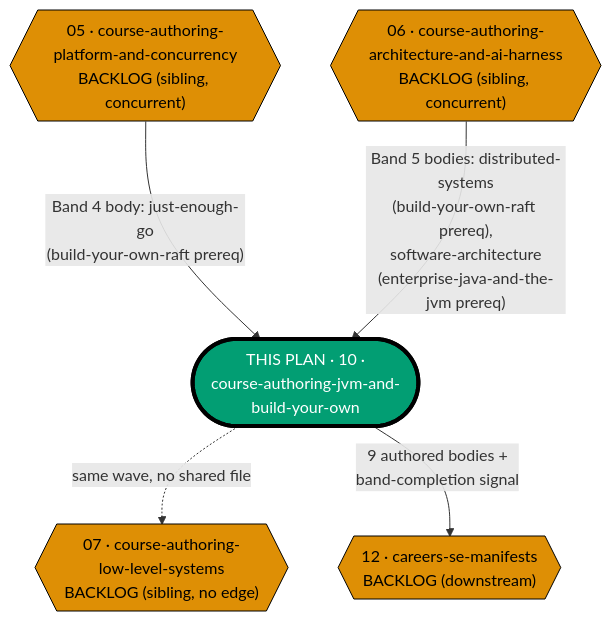
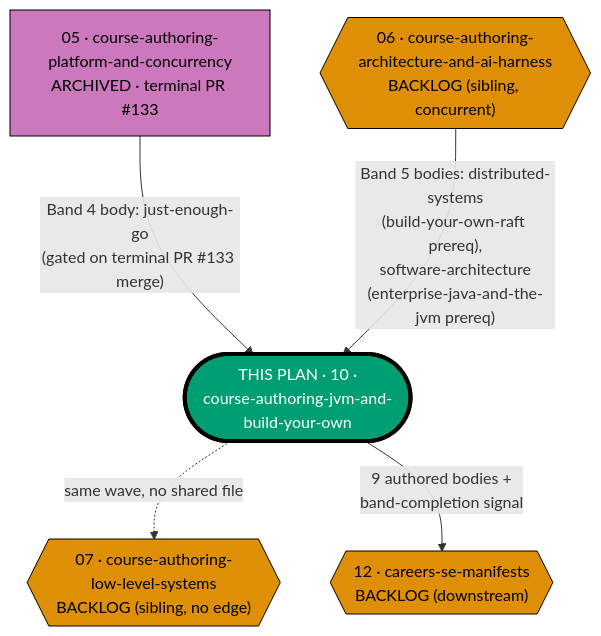
Before and after one commit to wahidyankf/open-sharia-fintech: the second of 2 diagrams in plans/backlog/ayokoding-learning-path-10-course-authoring-jvm-and-build-your-own/README.md, drawn with Mermaid. The commit also changed other lines of this file and 15 other files, not shown here.

Commit message:
docs(plans): gate plan 05 downstream handoffs

````diff
--- a/plans/backlog/ayokoding-learning-path-10-course-authoring-jvm-and-build-your-own/README.md
+++ b/plans/backlog/ayokoding-learning-path-10-course-authoring-jvm-and-build-your-own/README.md
@@ -107,18 +107,19 @@
 ```mermaid
-%% Downstream half: the two backlog-sibling blocking edges into THIS, plus the two edges THIS emits.
-%% Node SHAPE encodes plan state: hexagon = backlog/not-yet-authored. THIS carries a doubled border.
+%% Downstream half: the two sibling blocking edges into THIS, plus the two edges THIS emits.
+%% Node SHAPE encodes plan state: rectangle = archived terminal delivery, hexagon = backlog/not-yet-authored. THIS carries a doubled border.
 flowchart TD
-    P05{{"05 · course-authoring-<br/>platform-and-concurrency<br/>BACKLOG (sibling, concurrent)"}}:::backlog
+    P05["05 · course-authoring-<br/>platform-and-concurrency<br/>ARCHIVED · terminal PR #133"]:::delivery
     P06{{"06 · course-authoring-<br/>architecture-and-ai-harness<br/>BACKLOG (sibling, concurrent)"}}:::backlog
     THIS(["THIS PLAN · 10 ·<br/>course-authoring-jvm-and-<br/>build-your-own"]):::this
     P07{{"07 · course-authoring-<br/>low-level-systems<br/>BACKLOG (sibling, no edge)"}}:::backlog
     P12{{"12 · careers-se-manifests<br/>BACKLOG (downstream)"}}:::backlog
 
-    P05 -->|"Band 4 body: just-enough-go<br/>(build-your-own-raft prereq)"| THIS
+    P05 -->|"Band 4 body: just-enough-go<br/>(gated on terminal PR #133 merge)"| THIS
     P06 -->|"Band 5 bodies: distributed-systems<br/>(build-your-own-raft prereq),<br/>software-architecture<br/>(enterprise-java-and-the-jvm prereq)"| THIS
     THIS -.->|"same wave, no shared file"| P07
     THIS -->|"9 authored bodies +<br/>band-completion signal"| P12
 
     classDef backlog fill:#DE8F05,stroke:#000000,color:#000000
+    classDef delivery fill:#CC78BC,stroke:#000000,color:#000000
     classDef this fill:#029E73,stroke:#000000,color:#FFFFFF,stroke-width:4px
 ```
````
